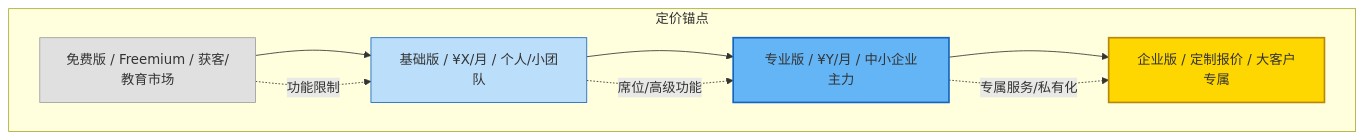
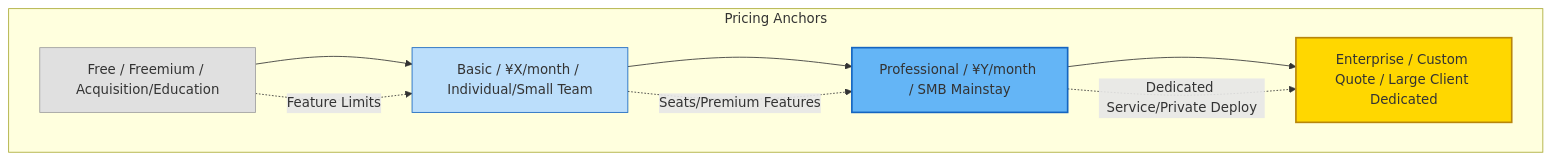
Before and after one commit to Kirky-X/cangjie: the eighth of 15 diagrams in templates/【模板】商业模式文档.md, drawn with Mermaid. The commit also changed other lines of this file and 60 other files, not shown here.

````diff
--- a/templates/【模板】商业模式文档.md
+++ b/templates/【模板】商业模式文档.md
@@ -290,22 +290,22 @@
 ```mermaid
 graph TB
-    subgraph 定价锚点
-        P1[免费版 / Freemium / 获客/教育市场]
-        P2[基础版 / ¥X/月 / 个人/小团队]
-        P3[专业版 / ¥Y/月 / 中小企业主力]
-        P4[企业版 / 定制报价 / 大客户专属]
+    subgraph Pricing Anchors
+        P1[Free / Freemium / Acquisition/Education]
+        P2[Basic / ¥X/month / Individual/Small Team]
+        P3[Professional / ¥Y/month / SMB Mainstay]
+        P4[Enterprise / Custom Quote / Large Client Dedicated]
     end
 
     P1 --> P2
     P2 --> P3
     P3 --> P4
 
-    P1 -.->|功能限制| P2
-    P2 -.->|席位/高级功能| P3
-    P3 -.->|专属服务/私有化| P4
+    P1 -.->|Feature Limits| P2
+    P2 -.->|Seats/Premium Features| P3
+    P3 -.->|Dedicated Service/Private Deploy| P4
 
     style P1 fill:#e0e0e0,stroke:#9e9e9e
     style P2 fill:#bbdefb,stroke:#1565c0
     style P3 fill:#64b5f6,stroke:#1565c0,stroke-width:2px
     style P4 fill:#ffd700,stroke:#b8860b,stroke-width:2px
 ```
````
